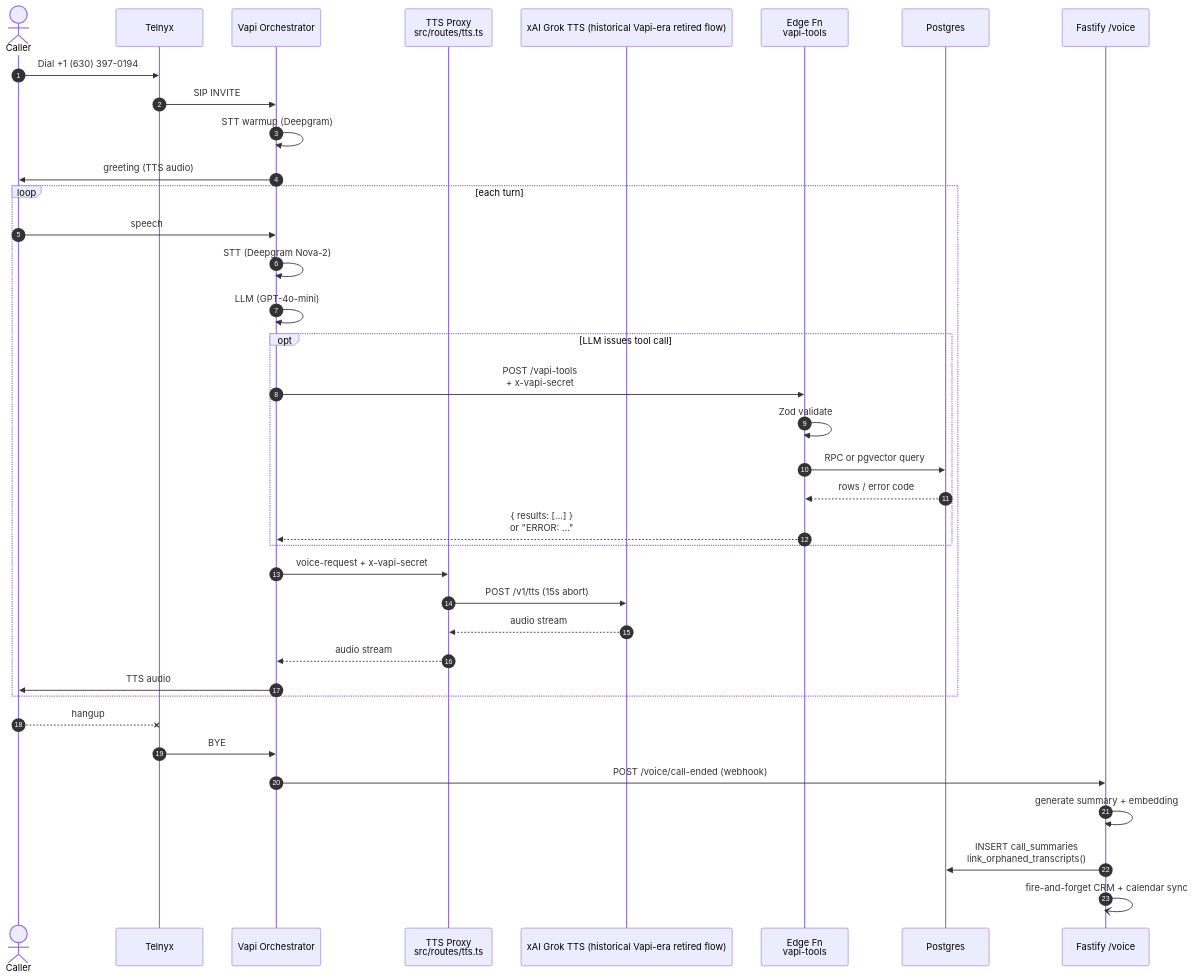
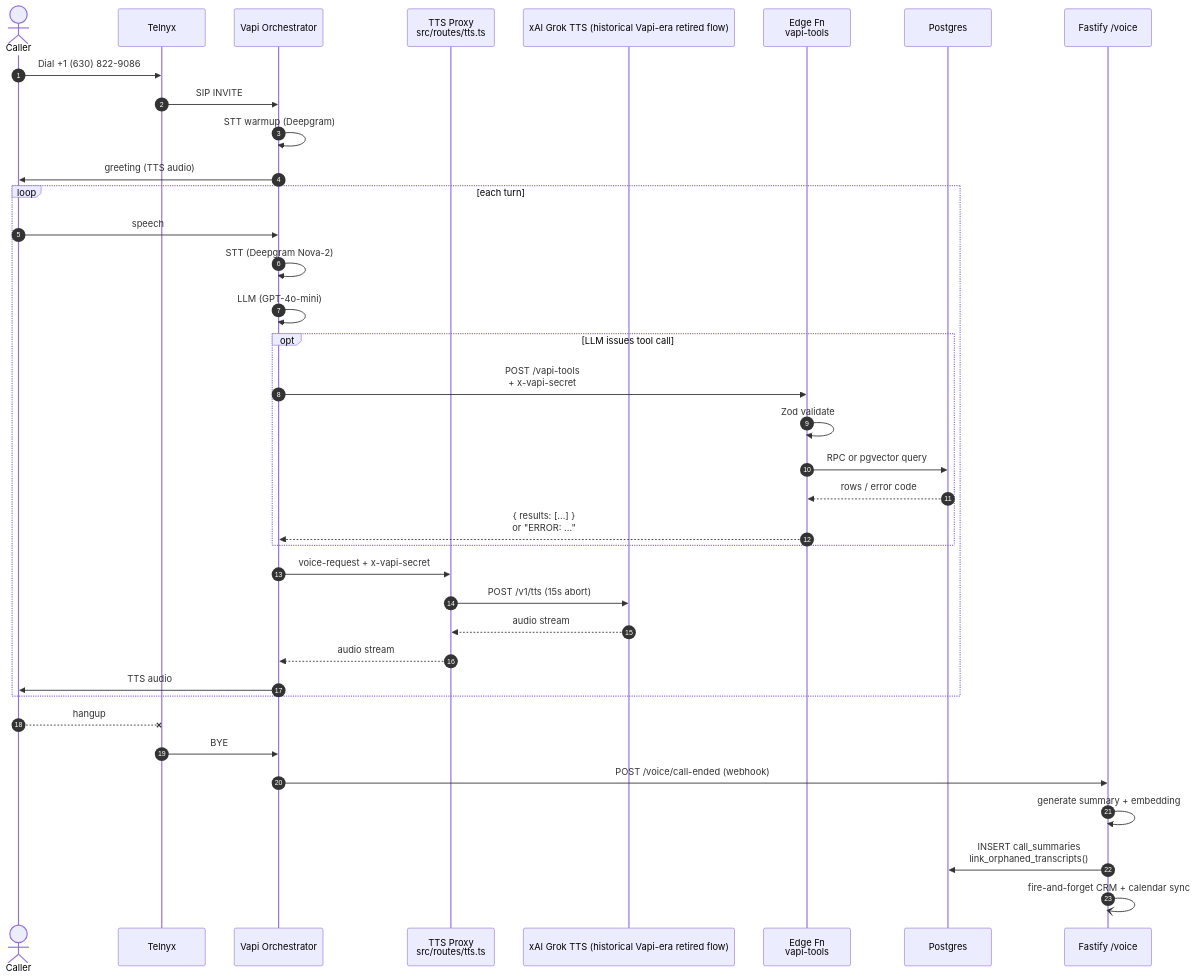
Before and after one commit to ddemott/ai-sec: the fourth of 11 diagrams in docs/DIAGRAMS.md, drawn with Mermaid. The commit also changed 11 other files, not shown here.

````diff
--- a/docs/DIAGRAMS.md
+++ b/docs/DIAGRAMS.md
@@ -276,42 +276,42 @@
 ```mermaid
 sequenceDiagram
   autonumber
   actor Caller
   participant Telnyx
   participant Vapi as Vapi Orchestrator
   participant TTS as TTS Proxy<br/>src/routes/tts.ts
   participant XAI as xAI Grok TTS (historical Vapi-era retired flow)
   participant Edge as Edge Fn<br/>vapi-tools
   participant DB as Postgres
   participant API as Fastify /voice
 
-  Caller->>Telnyx: Dial +1 (630) 397-0194
+  Caller->>Telnyx: Dial +1 (630) 822-9086
   Telnyx->>Vapi: SIP INVITE
   Vapi->>Vapi: STT warmup (Deepgram)
   Vapi->>Caller: greeting (TTS audio)
 
   loop each turn
     Caller->>Vapi: speech
     Vapi->>Vapi: STT (Deepgram Nova-2)
     Vapi->>Vapi: LLM (GPT-4o-mini)
     opt LLM issues tool call
       Vapi->>Edge: POST /vapi-tools<br/>+ x-vapi-secret
       Edge->>Edge: Zod validate
       Edge->>DB: RPC or pgvector query
       DB-->>Edge: rows / error code
       Edge-->>Vapi: { results: [...] }<br/>or "ERROR: ..."
     end
     Vapi->>TTS: voice-request + x-vapi-secret
     TTS->>XAI: POST /v1/tts (15s abort)
     XAI-->>TTS: audio stream
     TTS-->>Vapi: audio stream
     Vapi->>Caller: TTS audio
   end
 
   Caller--xTelnyx: hangup
   Telnyx->>Vapi: BYE
   Vapi->>API: POST /voice/call-ended (webhook)
   API->>API: generate summary + embedding
   API->>DB: INSERT call_summaries<br/>link_orphaned_transcripts()
   API-)API: fire-and-forget CRM + calendar sync
 ```
````
